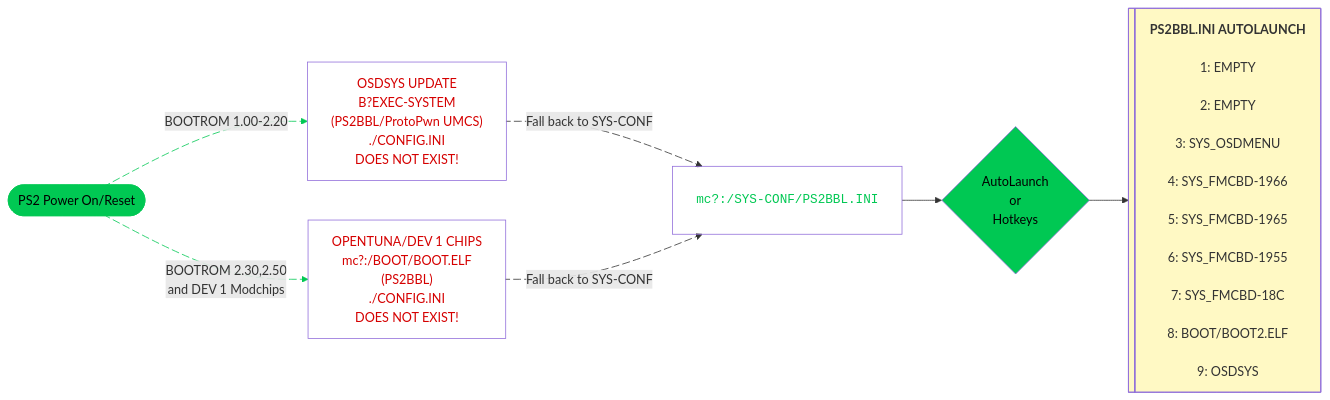
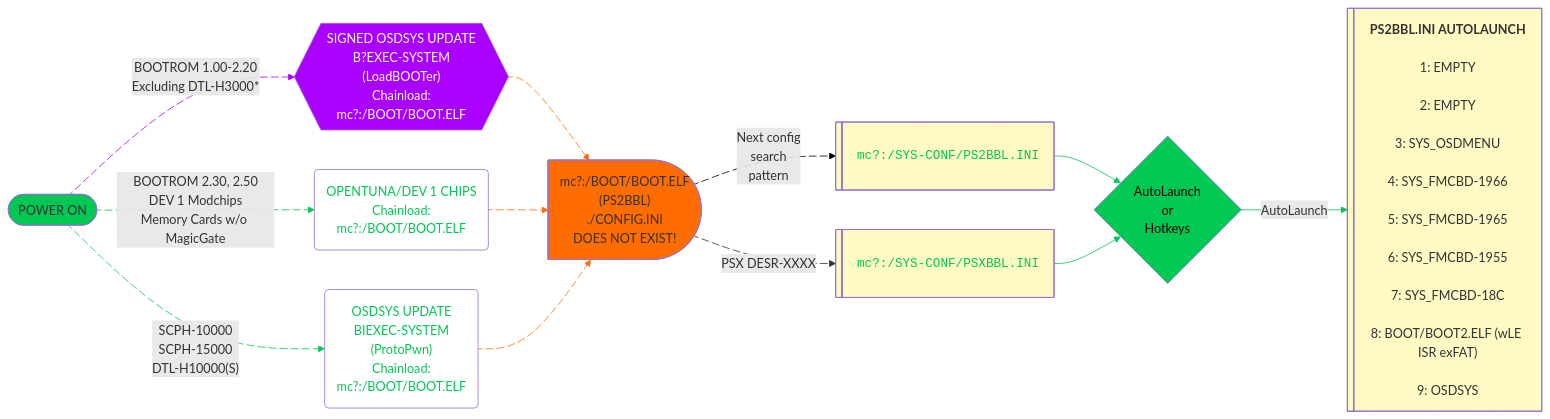
The diagram in docs/umcs/index.md (playerjmr/ps2homebrewstore), drawn with Mermaid before and after one commit. The commit also changed other lines of this file and 16 other files, not shown here.

Commit message:
Update all tutorials for OSDMenu configurator and PS2BBL

````diff
--- a/docs/umcs/index.md
+++ b/docs/umcs/index.md
@@ -110,35 +110,59 @@
 ```mermaid
 ---
 config:
   theme: mc
-  layout: elk.forced
+  layout: dagre
   look: classic
 ---
 graph LR
-    A(["PS2 Power On/Reset"]) L_A_B_0@-- "BOOTROM 1.00-2.20" --> B["OSDSYS UPDATE<br>B?EXEC-SYSTEM<br>(PS2BBL/ProtoPwn UMCS)<br>./CONFIG.INI <br>DOES NOT EXIST!"]
-    A L_A_n1_0@-- "BOOTROM 2.30,2.50<br>and DEV 1 Modchips" --> n1["OPENTUNA/DEV 1 CHIPS<br>mc?:/BOOT/BOOT.ELF<br>(PS2BBL)<br>./CONFIG.INI <br>DOES NOT EXIST!"]
-    B L_B_n5_0@-- "Fall back to SYS-CONF" --> n5@{ label: "<pre style=\"font-family:\"><code style=\"font-family:\">mc?:/SYS-CONF/PS2BBL.INI</code></pre>" }
-    n1 L_n1_n5_0@-- "Fall back to SYS-CONF" --> n5
-    n5 --> n6["AutoLaunch<br>or<br>Hotkeys"]
-    n6 --> n7@{ label: "<span style=\"--tw-scale-x:\"><b><span style=\"--tw-scale-x:\">PS2BBL.INI AUTOLAUNCH</span><br style=\"--tw-scale-x:\"></b></span><br style=\"--tw-scale-x:\"><span style=\"background-color:\">1: EMPTY</span><br style=\"--tw-scale-x:\"><br style=\"--tw-scale-x:\"><span style=\"background-color:\">2: EMPTY</span><br style=\"--tw-scale-x:\"><br style=\"--tw-scale-x:\"><span style=\"--tw-scale-x:\">3: SYS_OSDMENU</span><br style=\"--tw-scale-x:\"><br style=\"--tw-scale-x:\"><span style=\"--tw-scale-x:\">4: SYS_FMCBD-1966</span><br style=\"--tw-scale-x:\"><br style=\"--tw-scale-x:\"><span style=\"--tw-scale-x:\">5: SYS_FMCBD-1965</span><br style=\"--tw-scale-x:\"><br style=\"--tw-scale-x:\"><span style=\"--tw-scale-x:\">6: SYS_FMCBD-1955<br style=\"--tw-scale-x:\"></span><br style=\"--tw-scale-x:\"><span style=\"background-color:\">7: SYS_FMCBD-18C</span><br style=\"--tw-scale-x:\"><br style=\"--tw-scale-x:\"><span style=\"--tw-scale-x:\">8: BOOT/BOOT2.ELF<br style=\"--tw-scale-x:\"><br style=\"--tw-scale-x:\">9: OSDSYS</span>" }
-    B@{ shape: rect}
-    n1@{ shape: rect}
-    n5@{ shape: proc}
+    A(["POWER ON"]) L_A_B_0@-- "BOOTROM 1.00-2.20<br>Excluding DTL-H3000*" --> B["SIGNED OSDSYS UPDATE<br>B?EXEC-SYSTEM<br>(LoadBOOTer)<br>Chainload:<br>mc?:/BOOT/BOOT.ELF"]
+    A L_A_n1_0@-- "BOOTROM 2.30, 2.50<br>DEV 1 Modchips<br>Memory Cards w/o MagicGate" --> n1["OPENTUNA/DEV 1 CHIPS<br>Chainload:<br>mc?:/BOOT/BOOT.ELF<br>"]
+    n5@{ label: "<pre style=\"font-family:\"><code style=\"font-family:\">mc?:/SYS-CONF/PS2BBL.INI</code></pre>" } --> n6["AutoLaunch<br>or<br>Hotkeys"]
+    n6 -- AutoLaunch --> n7@{ label: "<span style=\"--tw-scale-x:\"><b><span style=\"--tw-scale-x:\">PS2BBL.INI AUTOLAUNCH</span><br style=\"--tw-scale-x:\"></b></span><br style=\"--tw-scale-x:\"><span style=\"background-color:\">1: EMPTY</span><br style=\"--tw-scale-x:\"><br style=\"--tw-scale-x:\"><span style=\"background-color:\">2: EMPTY</span><br style=\"--tw-scale-x:\"><br style=\"--tw-scale-x:\"><span style=\"--tw-scale-x:\">3: SYS_OSDMENU</span><br style=\"--tw-scale-x:\"><br style=\"--tw-scale-x:\"><span style=\"--tw-scale-x:\">4: SYS_FMCBD-1966</span><br style=\"--tw-scale-x:\"><br style=\"--tw-scale-x:\"><span style=\"--tw-scale-x:\">5: SYS_FMCBD-1965</span><br style=\"--tw-scale-x:\"><br style=\"--tw-scale-x:\"><span style=\"--tw-scale-x:\">6: SYS_FMCBD-1955<br style=\"--tw-scale-x:\"></span><br style=\"--tw-scale-x:\"><span style=\"background-color:\">7: SYS_FMCBD-18C</span><br style=\"--tw-scale-x:\"><br style=\"--tw-scale-x:\"><span style=\"--tw-scale-x:\">8: BOOT/BOOT2.ELF (wLE ISR exFAT)<br style=\"--tw-scale-x:\"><br style=\"--tw-scale-x:\">9: OSDSYS</span>" }
+    B L_B_n8_0@-- <br> --> n8["mc?:/BOOT/BOOT.ELF<br>(PS2BBL)<br>./CONFIG.INI<br>DOES NOT EXIST!"]
+    n1 L_n1_n8_0@-- <br> --> n8
+    n8 L_n8_n5_0@-- Next config<br>search<br>pattern --> n5
+    n10@{ label: "<pre style=\"--tw-scale-x:\"><code style=\"--tw-scale-x:\">mc?:/SYS-CONF/PSXBBL.INI</code></pre>" } --> n6
+    n8 L_n8_n10_0@-- "PSX DESR-XXXX" --> n10
+    A L_A_n11_0@-- "SCPH-10000<br>SCPH-15000<br>DTL-H10000(S)" --> n11["OSDSYS UPDATE<br>BIEXEC-SYSTEM<br>(ProtoPwn)<br>Chainload:<br>mc?:/BOOT/BOOT.ELF"]
+    n11 L_n11_n8_0@--> n8
+
+    B@{ shape: hex}
+    n1@{ shape: event}
+    n5@{ shape: lin-proc}
     n6@{ shape: diam}
     n7@{ shape: lin-proc}
-     A:::Ash
+    n8@{ shape: delay}
+    n10@{ shape: lin-proc}
+    n11@{ shape: event}
     classDef Ash stroke-width:1px, stroke-dasharray:none, stroke:#999999, fill:#EEEEEE, color:#000000
-    style A stroke:#00C853,fill:#00C853,color:none
-    style B color:#D50000,fill:transparent
-    style n1 color:#D50000,fill:transparent
-    style n5 fill:transparent,color:#00C853
+    classDef Sky stroke-width:1px, stroke-dasharray:none, stroke:#374D7C, fill:#E2EBFF, color:#374D7C
+    style A fill:#00C853
+    style B color:#FFFFFF,fill:#AA00FF
+    style n1 color:#00C853,fill:transparent
+    style n5 fill:#FFF9C4,color:#00C853
     style n6 fill:#00C853,color:#000000
     style n7 fill:#FFF9C4
-    linkStyle 0 stroke:#00C853,fill:none
+    style n8 fill:#FF6D00
+    style n10 fill:#FFF9C4,color:#00C853
+    style n11 color:#00C853,fill:transparent
+    linkStyle 0 stroke:#AA00FF,fill:none
     linkStyle 1 stroke:#00C853,fill:none
+    linkStyle 2 stroke:#00C853,fill:none
+    linkStyle 3 stroke:#00C853,fill:none
+    linkStyle 4 stroke:#FF6D00,fill:none
+    linkStyle 5 stroke:#FF6D00,fill:none
+    linkStyle 6 stroke:#000000,fill:none
+    linkStyle 7 stroke:#00C853,fill:none
+    linkStyle 9 stroke:#00C853,fill:none
+    linkStyle 10 stroke:#FF6D00,fill:none
+
     L_A_B_0@{ animation: slow } 
     L_A_n1_0@{ animation: slow } 
-    L_B_n5_0@{ animation: slow } 
-    L_n1_n5_0@{ animation: slow }
-
+    L_B_n8_0@{ animation: slow } 
+    L_n1_n8_0@{ animation: slow } 
+    L_n8_n5_0@{ animation: slow } 
+    L_n8_n10_0@{ animation: slow } 
+    L_A_n11_0@{ animation: slow } 
+    L_n11_n8_0@{ animation: slow }
 ```
````
